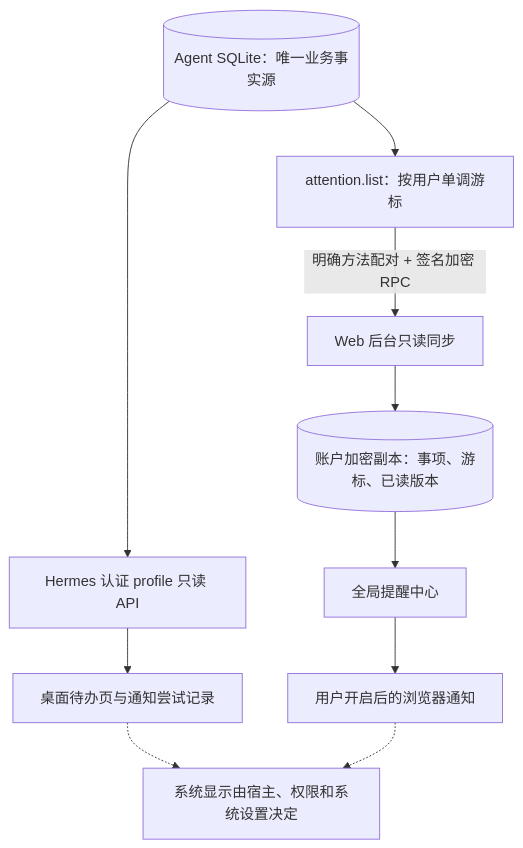
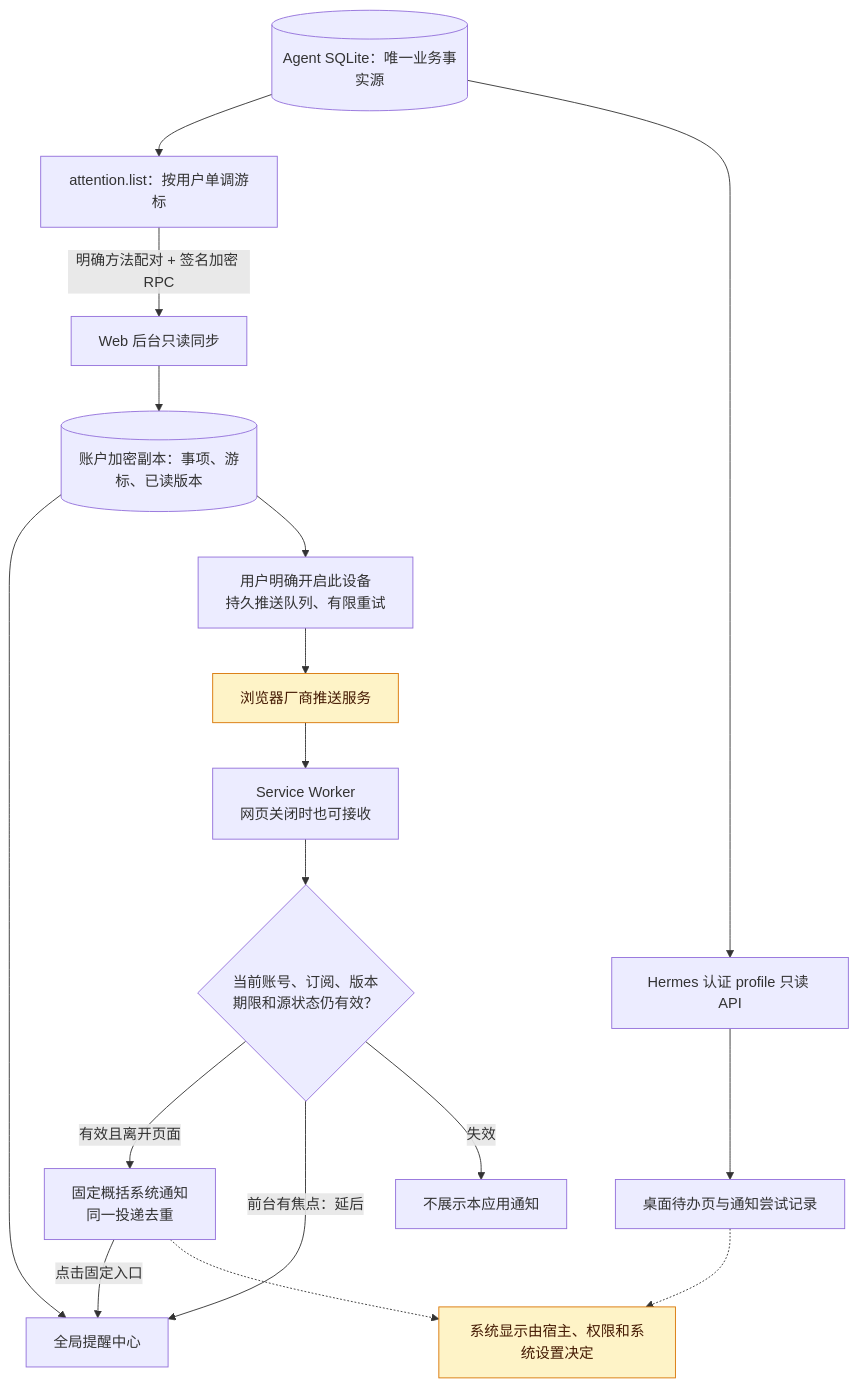
One commit to BillShiyaoZhang/agent-collaboration-deploy changed the third of 3 diagrams in docs/architecture/COLLABORATION_AND_ATTENTION.md. Above: the diagram before and after it, drawn with Mermaid. The commit also changed other lines of this file and 5 other files, not shown here.

Commit message:
Document complete attention flow and verified deployment candidate

````diff
--- a/docs/architecture/COLLABORATION_AND_ATTENTION.md
+++ b/docs/architecture/COLLABORATION_AND_ATTENTION.md
@@ -75,12 +115,21 @@
 ```mermaid
 flowchart TD
     S[("Agent SQLite：唯一业务事实源")] --> F["attention.list：按用户单调游标"]
     S --> H["Hermes 认证 profile 只读 API"]
     H --> HP["桌面待办页与通知尝试记录"]
     F -->|"明确方法配对 + 签名加密 RPC"| W["Web 后台只读同步"]
     W --> DB[("账户加密副本：事项、游标、已读版本")]
     DB --> UI["全局提醒中心"]
-    UI --> O["用户开启后的浏览器通知"]
+    DB --> Q["用户明确开启此设备<br/>持久推送队列、有限重试"]
+    Q --> P["浏览器厂商推送服务"]
+    P --> SW["Service Worker<br/>网页关闭时也可接收"]
+    SW --> V{"当前账号、订阅、版本<br/>期限和源状态仍有效？"}
+    V -->|"有效且离开页面"| O["固定概括系统通知<br/>同一投递去重"]
+    V -->|"前台有焦点：延后"| UI
+    V -->|"失效"| X["不展示本应用通知"]
+    O -->|"点击固定入口"| UI
     HP -.-> N["系统显示由宿主、权限和系统设置决定"]
     O -.-> N
+    style P fill:#FEF3C7,stroke:#D97706,color:#451A03
+    style N fill:#FEF3C7,stroke:#D97706,color:#451A03
 ```
````
